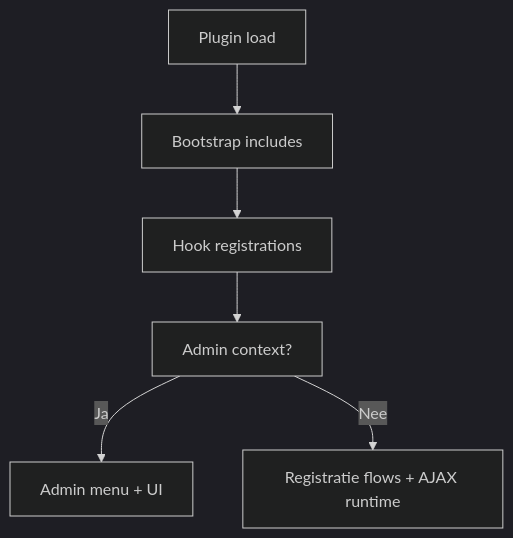
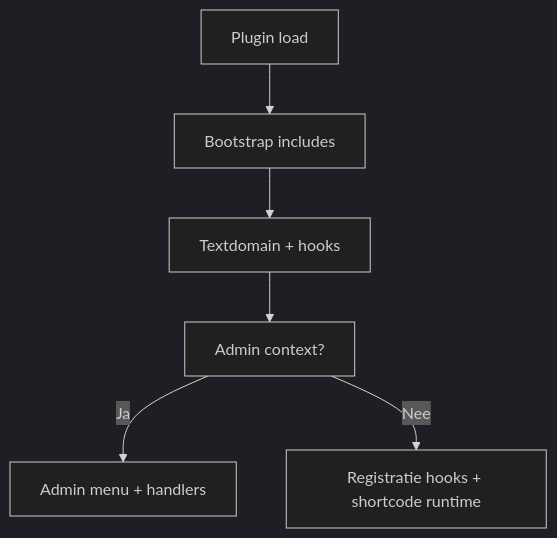
One commit to byteway/bso-wp-blocked-domains changed the second of 5 diagrams in document/Technical_Design.md. Above: the diagram before and after it, drawn with Mermaid (dark theme). The commit also changed other lines of this file and 2 other files, not shown here.

````diff
--- a/document/Technical_Design.md
+++ b/document/Technical_Design.md
@@ -115,8 +109,8 @@
 ```mermaid
 flowchart TD
-		A[Plugin load] --> B[Bootstrap includes]
-		B --> C[Hook registrations]
-		C --> D[Admin context?]
-		D -- Ja --> E[Admin menu + UI]
-		D -- Nee --> F[Registratie flows + AJAX runtime]
+	A[Plugin load] --> B[Bootstrap includes]
+	B --> C[Textdomain + hooks]
+	C --> D[Admin context?]
+	D -- Ja --> E[Admin menu + handlers]
+	D -- Nee --> F[Registratie hooks + shortcode runtime]
 ```
````
